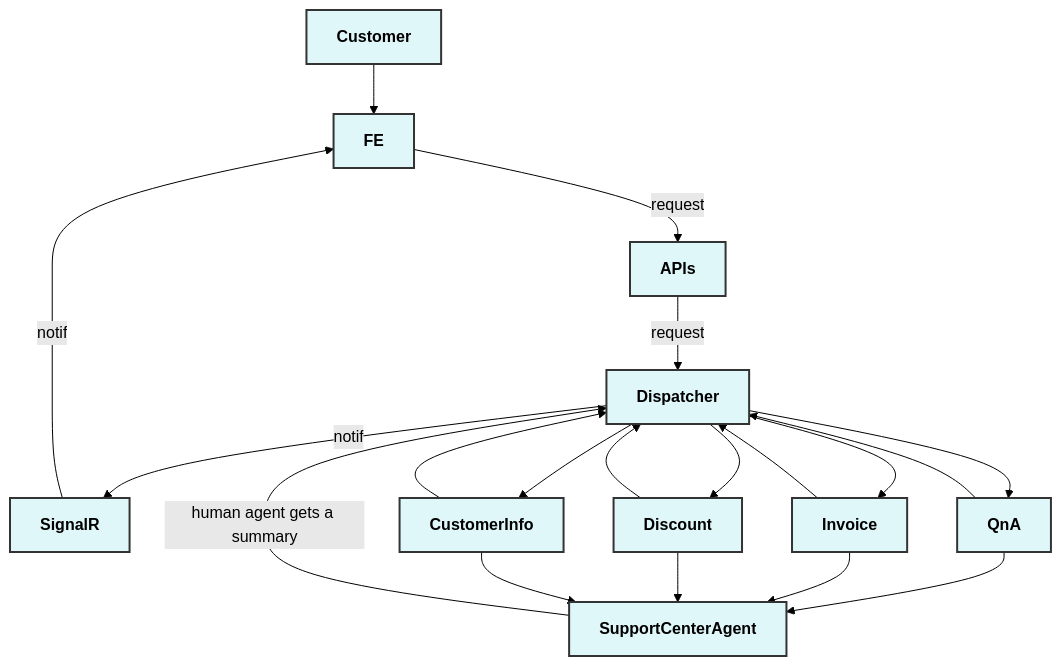
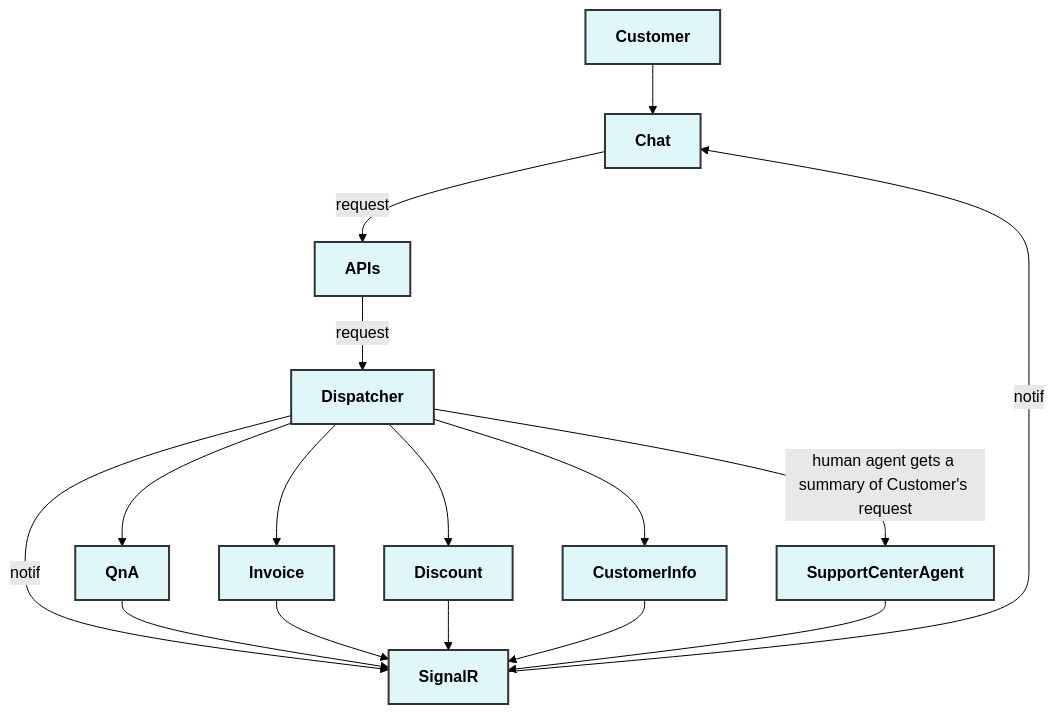
The diagram in samples/support-center/README.md (microsoft/project-oagents), drawn with Mermaid (forest theme) before and after one commit. The commit also changed other lines of this file, not shown here.

Commit message:
Updates on README.

````diff
--- a/samples/support-center/README.md
+++ b/samples/support-center/README.md
@@ -91,31 +91,28 @@
 ```mermaid
 graph TD
     classDef default fill:#f9f9f9,stroke:#333,stroke-width:2px,color:#333,font-weight:bold;  
     classDef highlight fill:#e0f7fa,stroke:#333,stroke-width:2px,color:#000,font-weight:bold; 
     
-    User[Customer] --> FE
-    FE -->|request| APIs
+    User[Customer] --> Chat
+    Chat -->|request| APIs
     APIs -->|request| Dispatcher
     Dispatcher -->|notif| SignalR
 
     Dispatcher --> QnA
-    QnA --> Dispatcher
+    QnA --> SignalR
 
     Dispatcher --> Invoice
-    Invoice --> Dispatcher
+    Invoice --> SignalR
 
     Dispatcher --> Discount
-    Discount --> Dispatcher
+    Discount --> SignalR
 
     Dispatcher --> CustomerInfo
-    CustomerInfo --> Dispatcher
+    CustomerInfo --> SignalR
 
-    QnA --> SupportCenterAgent
-    Invoice --> SupportCenterAgent
-    Discount --> SupportCenterAgent
-    CustomerInfo --> SupportCenterAgent
-    SupportCenterAgent -->|human agent gets a summary| Dispatcher  
-    SignalR -->|notif| FE
+    Dispatcher -->|human agent gets a summary of Customer's request| SupportCenterAgent
+    SupportCenterAgent --> SignalR
+    SignalR -->|notif| Chat
 
-    class User,FE,APIs,Dispatcher,SignalR,QnA,Invoice,Discount,CustomerInfo,SupportCenterAgent highlight;
+    class User,Chat,APIs,Dispatcher,SignalR,QnA,Invoice,Discount,CustomerInfo,SupportCenterAgent highlight;
 ```
````
